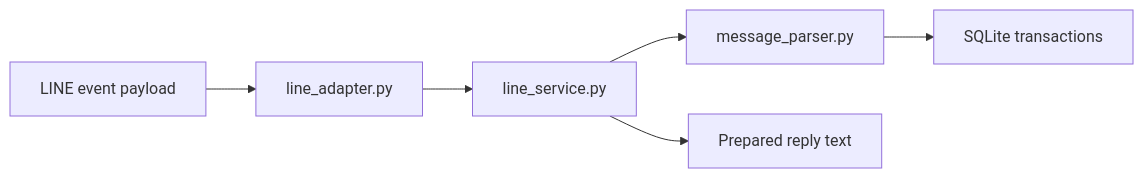
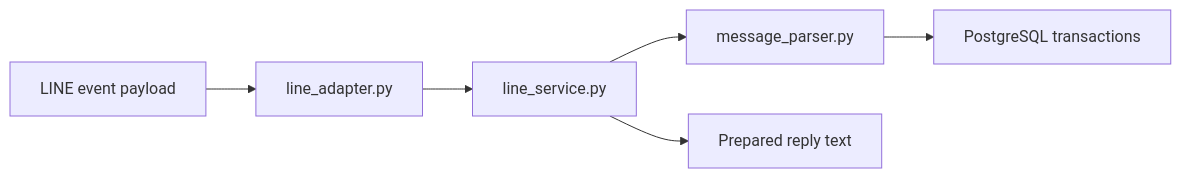
One commit to A11lex/MoneyTrack changed the first of 2 diagrams in moneytrack-ai/docs/architecture.md. Above: the diagram before and after it, drawn with Mermaid. The commit also changed other lines of this file and 19 other files, not shown here.

````diff
--- a/moneytrack-ai/docs/architecture.md
+++ b/moneytrack-ai/docs/architecture.md
@@ -54,8 +55,8 @@
 ```mermaid
 flowchart LR
   LINE["LINE event payload"] --> Adapter["line_adapter.py"]
   Adapter --> Service["line_service.py"]
   Service --> Parser["message_parser.py"]
-  Parser --> DB["SQLite transactions"]
+  Parser --> DB["PostgreSQL transactions"]
   Service --> Reply["Prepared reply text"]
 ```
````
